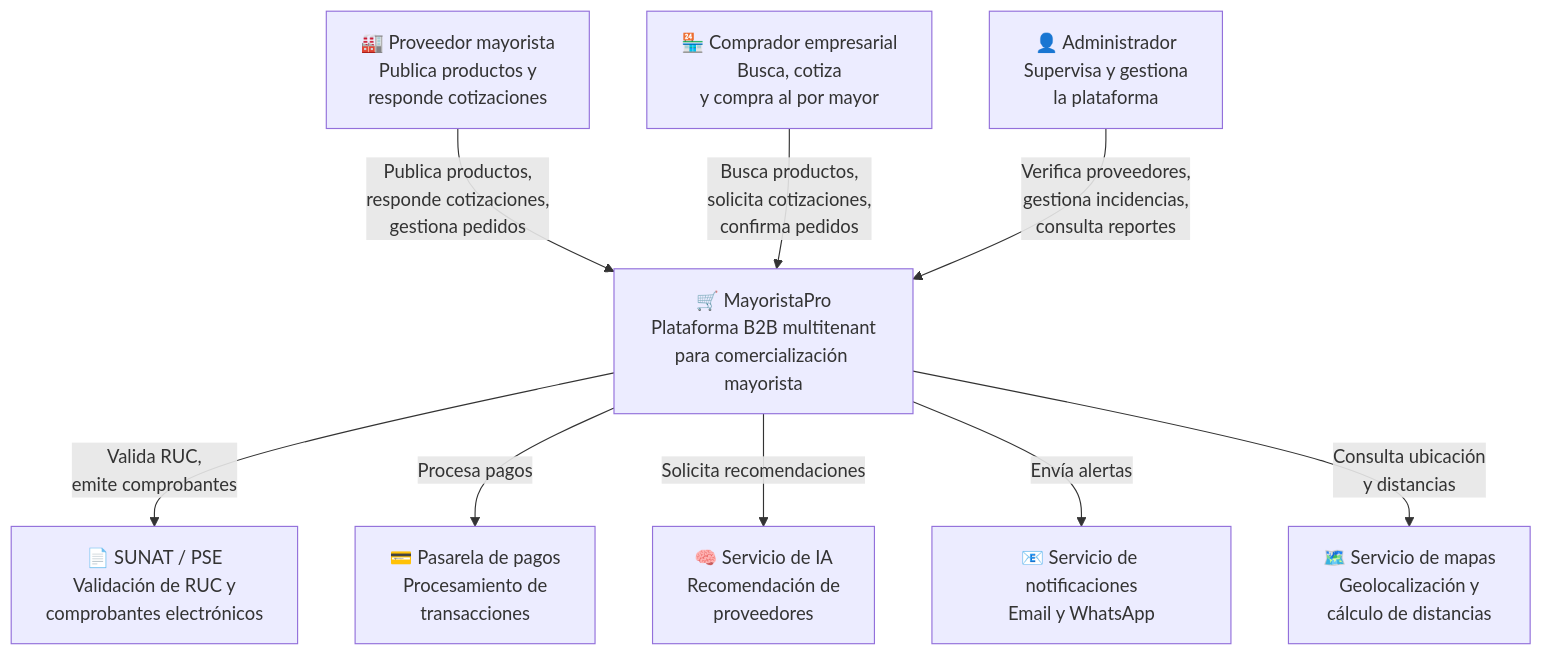
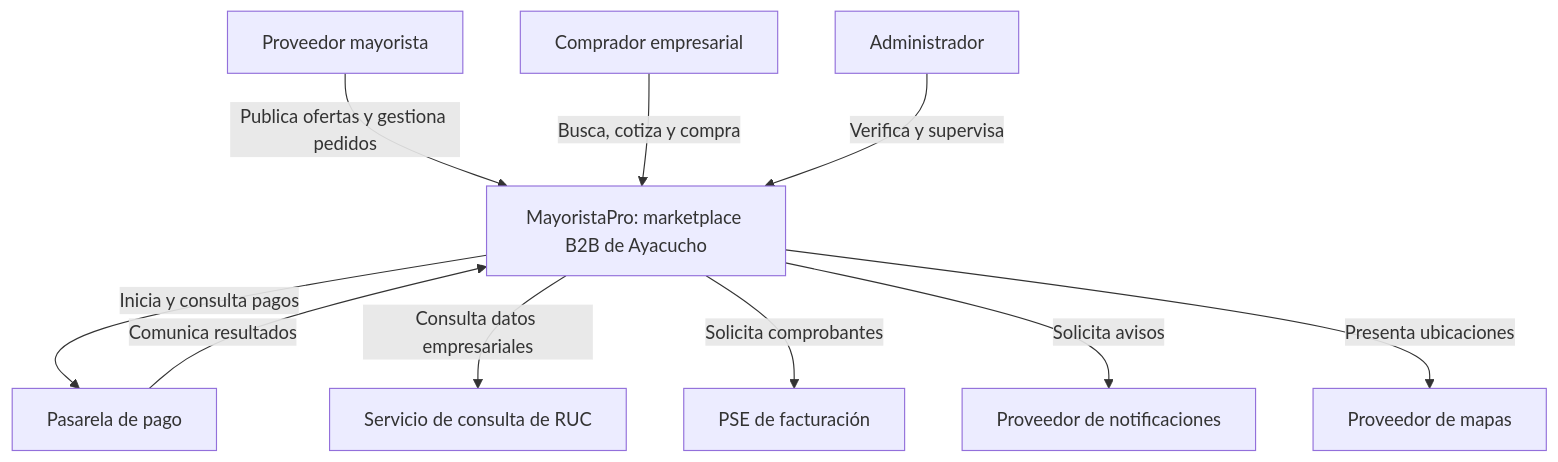
The diagram in docs/04-modelo-c4/Nivel1-Diagrama-de-Contexto.md (Yeltsin-MC/MayoristaPro-B2B-ArquitSoft), drawn with Mermaid before and after one commit. The commit also changed other lines of this file and 8 other files, not shown here.

Commit message:
docs: alinear el diseño de software y los diagramas C4

````diff
--- a/docs/04-modelo-c4/Nivel1-Diagrama-de-Contexto.md
+++ b/docs/04-modelo-c4/Nivel1-Diagrama-de-Contexto.md
@@ -17,24 +5,12 @@
 ```mermaid
-graph TB
-    P[🏭 Proveedor mayorista<br/>Publica productos y<br/>responde cotizaciones]
-    C[🏪 Comprador empresarial<br/>Busca, cotiza<br/>y compra al por mayor]
-    A[👤 Administrador<br/>Supervisa y gestiona<br/>la plataforma]
-
-    MP[🛒 MayoristaPro<br/>Plataforma B2B multitenant<br/>para comercialización mayorista]
-
-    SUNAT[📄 SUNAT / PSE<br/>Validación de RUC y<br/>comprobantes electrónicos]
-    PAY[💳 Pasarela de pagos<br/>Procesamiento de<br/>transacciones]
-    IA[🧠 Servicio de IA<br/>Recomendación de<br/>proveedores]
-    NOT[📧 Servicio de notificaciones<br/>Email y WhatsApp]
-    MAP[🗺️ Servicio de mapas<br/>Geolocalización y<br/>cálculo de distancias]
-
-    P -->|Publica productos,<br/>responde cotizaciones,<br/>gestiona pedidos| MP
-    C -->|Busca productos,<br/>solicita cotizaciones,<br/>confirma pedidos| MP
-    A -->|Verifica proveedores,<br/>gestiona incidencias,<br/>consulta reportes| MP
-
-    MP -->|Valida RUC,<br/>emite comprobantes| SUNAT
-    MP -->|Procesa pagos| PAY
-    MP -->|Solicita recomendaciones| IA
-    MP -->|Envía alertas| NOT
-    MP -->|Consulta ubicación<br/>y distancias| MAP
+flowchart TB
+    P["Proveedor mayorista"] -->|Publica ofertas y gestiona pedidos| MP["MayoristaPro: marketplace B2B de Ayacucho"]
+    C["Comprador empresarial"] -->|Busca, cotiza y compra| MP
+    A["Administrador"] -->|Verifica y supervisa| MP
+    MP -->|Inicia y consulta pagos| PAY["Pasarela de pago"]
+    PAY -->|Comunica resultados| MP
+    MP -->|Consulta datos empresariales| RUC["Servicio de consulta de RUC"]
+    MP -->|Solicita comprobantes| PSE["PSE de facturación"]
+    MP -->|Solicita avisos| NOT["Proveedor de notificaciones"]
+    MP -->|Presenta ubicaciones| MAP["Proveedor de mapas"]
 ```
````
